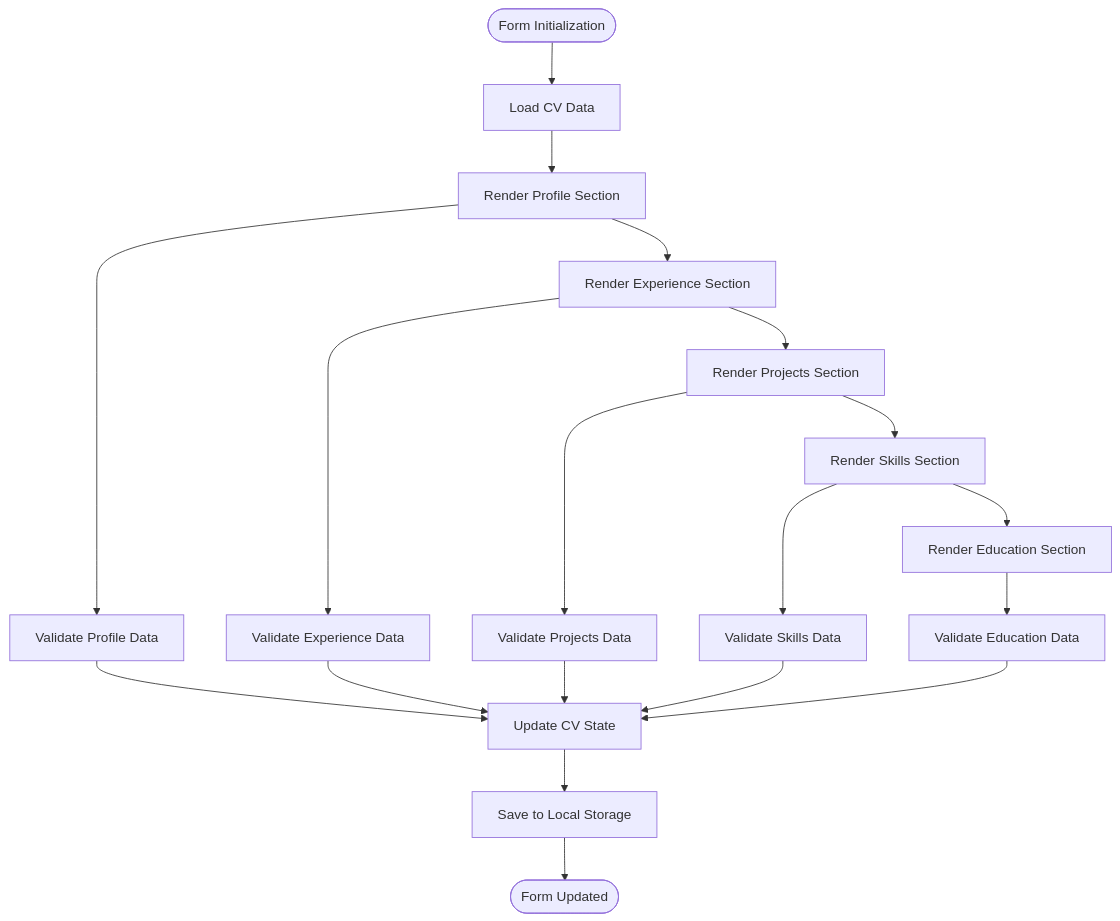
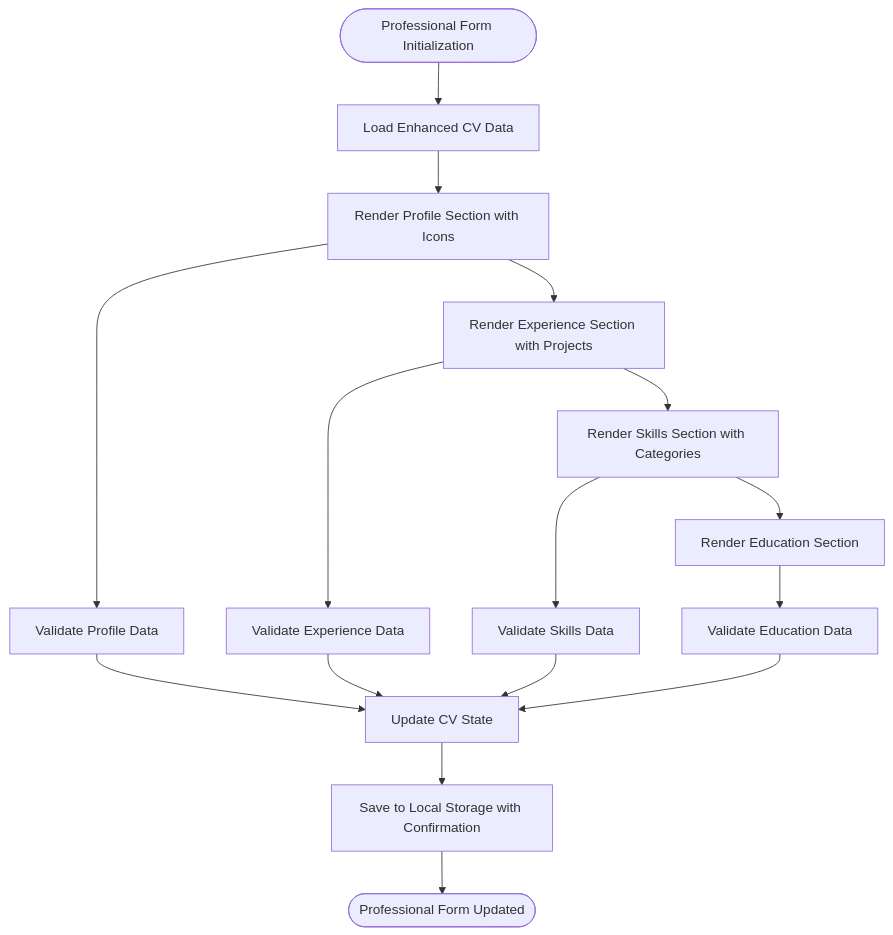
The fifth of 10 diagrams in .qoder/repowiki/en/content/User Interface Components/Standalone CV Builder.md (DoVuDung/cv-portfolio-builder), drawn with Mermaid before and after one commit. The commit also changed other lines of this file and 4 other files, not shown here.

````diff
--- a/.qoder/repowiki/en/content/User Interface Components/Standalone CV Builder.md
+++ b/.qoder/repowiki/en/content/User Interface Components/Standalone CV Builder.md
@@ -227,21 +283,18 @@
 ```mermaid
 flowchart TD
-Start([Form Initialization]) --> LoadCV[Load CV Data]
-LoadCV --> RenderProfile[Render Profile Section]
-RenderProfile --> RenderExperience[Render Experience Section]
-RenderExperience --> RenderProjects[Render Projects Section]
-RenderProjects --> RenderSkills[Render Skills Section]
+Start([Professional Form Initialization]) --> LoadCV[Load Enhanced CV Data]
+LoadCV --> RenderProfile[Render Profile Section with Icons]
+RenderProfile --> RenderExperience[Render Experience Section with Projects]
+RenderExperience --> RenderSkills[Render Skills Section with Categories]
 RenderSkills --> RenderEducation[Render Education Section]
 RenderProfile --> ValidateProfile[Validate Profile Data]
 ValidateProfile --> UpdateCV[Update CV State]
 RenderExperience --> ValidateExperience[Validate Experience Data]
 ValidateExperience --> UpdateCV
-RenderProjects --> ValidateProjects[Validate Projects Data]
-ValidateProjects --> UpdateCV
 RenderSkills --> ValidateSkills[Validate Skills Data]
 ValidateSkills --> UpdateCV
 RenderEducation --> ValidateEducation[Validate Education Data]
 ValidateEducation --> UpdateCV
-UpdateCV --> SaveState[Save to Local Storage]
-SaveState --> End([Form Updated])
+UpdateCV --> SaveState[Save to Local Storage with Confirmation]
+SaveState --> End([Professional Form Updated])
 ```
````
